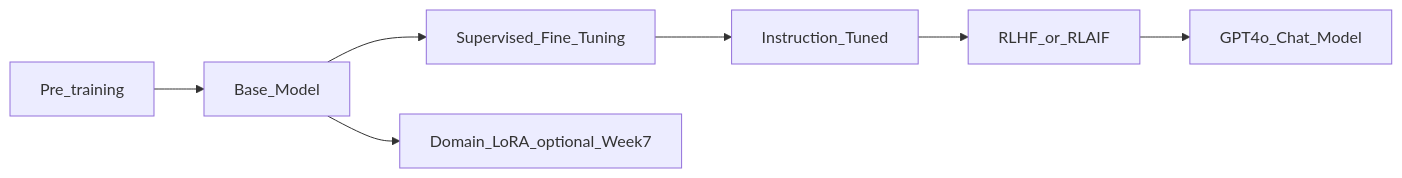
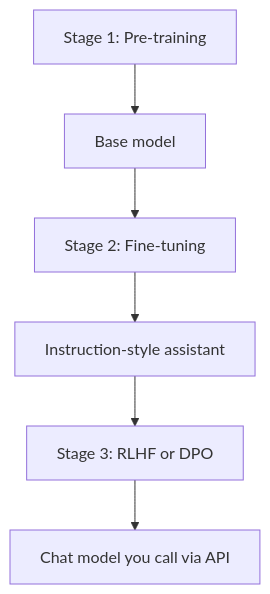
Before and after one commit to vinod-donthi/hands-on-llm-engineering: the diagram in week-01/theory/training-vs-finetuning.md, drawn with Mermaid. The commit also changed other lines of this file and 37 other files, not shown here.

````diff
--- a/week-01/theory/training-vs-finetuning.md
+++ b/week-01/theory/training-vs-finetuning.md
@@ -78,9 +39,8 @@
 ```mermaid
-flowchart LR
-    Pretrain[Pre_training] --> Base[Base_Model]
-    Base --> SFT[Supervised_Fine_Tuning]
-    SFT --> Instruct[Instruction_Tuned]
-    Instruct --> RLHF[RLHF_or_RLAIF]
-    RLHF --> Chat[GPT4o_Chat_Model]
-    Base --> LoRA[Domain_LoRA_optional_Week7]
+flowchart TD
+    A[Stage 1: Pre-training] --> B[Base model]
+    B --> C[Stage 2: Fine-tuning]
+    C --> D[Instruction-style assistant]
+    D --> E[Stage 3: RLHF or DPO]
+    E --> F[Chat model you call via API]
 ```
````
